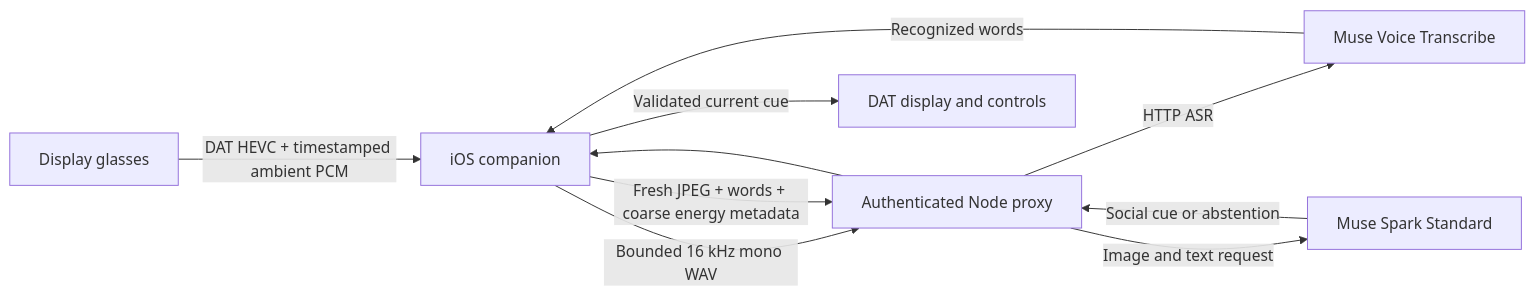
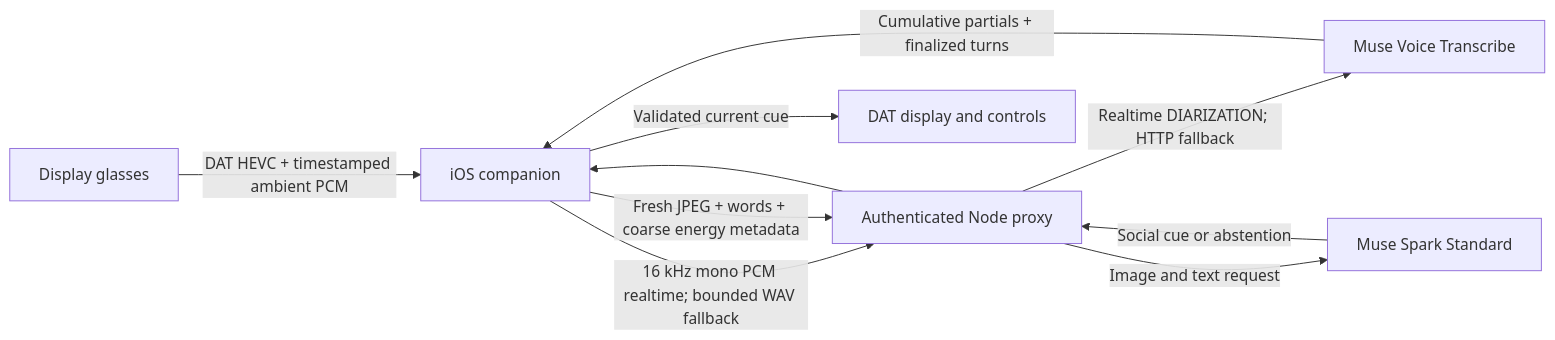
One commit to ColinHu07/SituationalAwareness changed the diagram in docs/ARCHITECTURE.md. Above: the diagram before and after it, drawn with Mermaid. The commit also changed other lines of this file and 13 other files, not shown here.

Commit message:
feat(asr): restore realtime partial caption pipeline

````diff
--- a/docs/ARCHITECTURE.md
+++ b/docs/ARCHITECTURE.md
@@ -18,12 +18,12 @@
 ```mermaid
 flowchart LR
     G[Display glasses] -->|DAT HEVC + timestamped ambient PCM| I[iOS companion]
-    I -->|Bounded 16 kHz mono WAV| P[Authenticated Node proxy]
-    P -->|HTTP ASR| A[Muse Voice Transcribe]
-    A -->|Recognized words| I
+    I -->|16 kHz mono PCM realtime; bounded WAV fallback| P[Authenticated Node proxy]
+    P -->|Realtime DIARIZATION; HTTP fallback| A[Muse Voice Transcribe]
+    A -->|Cumulative partials + finalized turns| I
     I -->|Fresh JPEG + words + coarse energy metadata| P
     P -->|Image and text request| M[Muse Spark Standard]
     M -->|Social cue or abstention| P
     P --> I
     I -->|Validated current cue| D[DAT display and controls]
 ```
````
